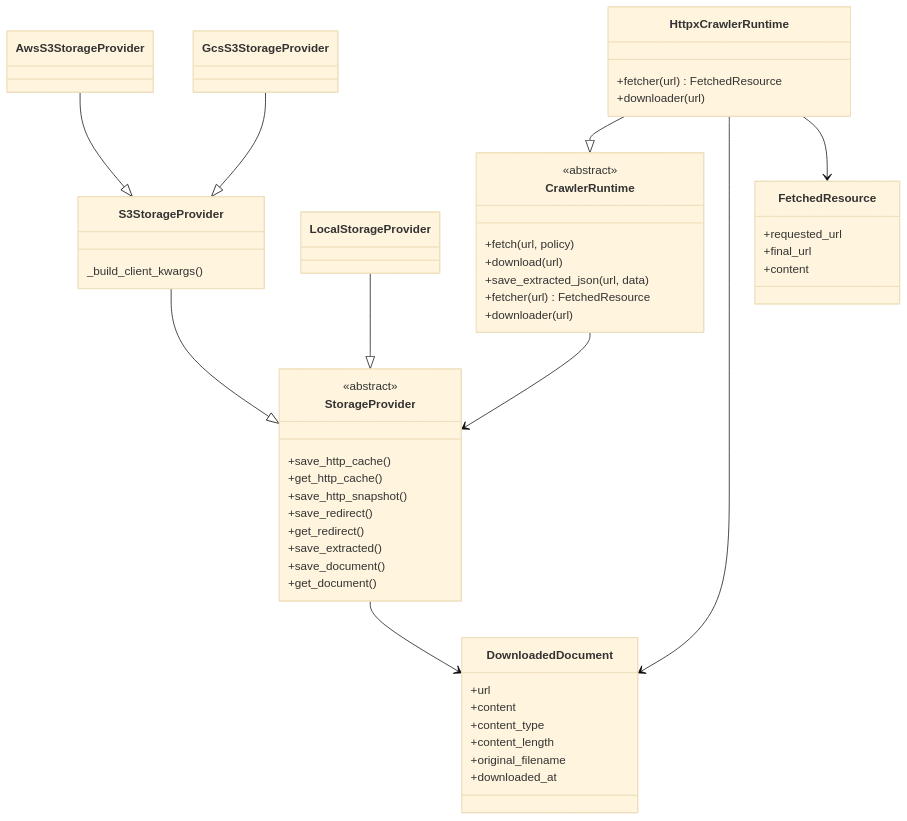
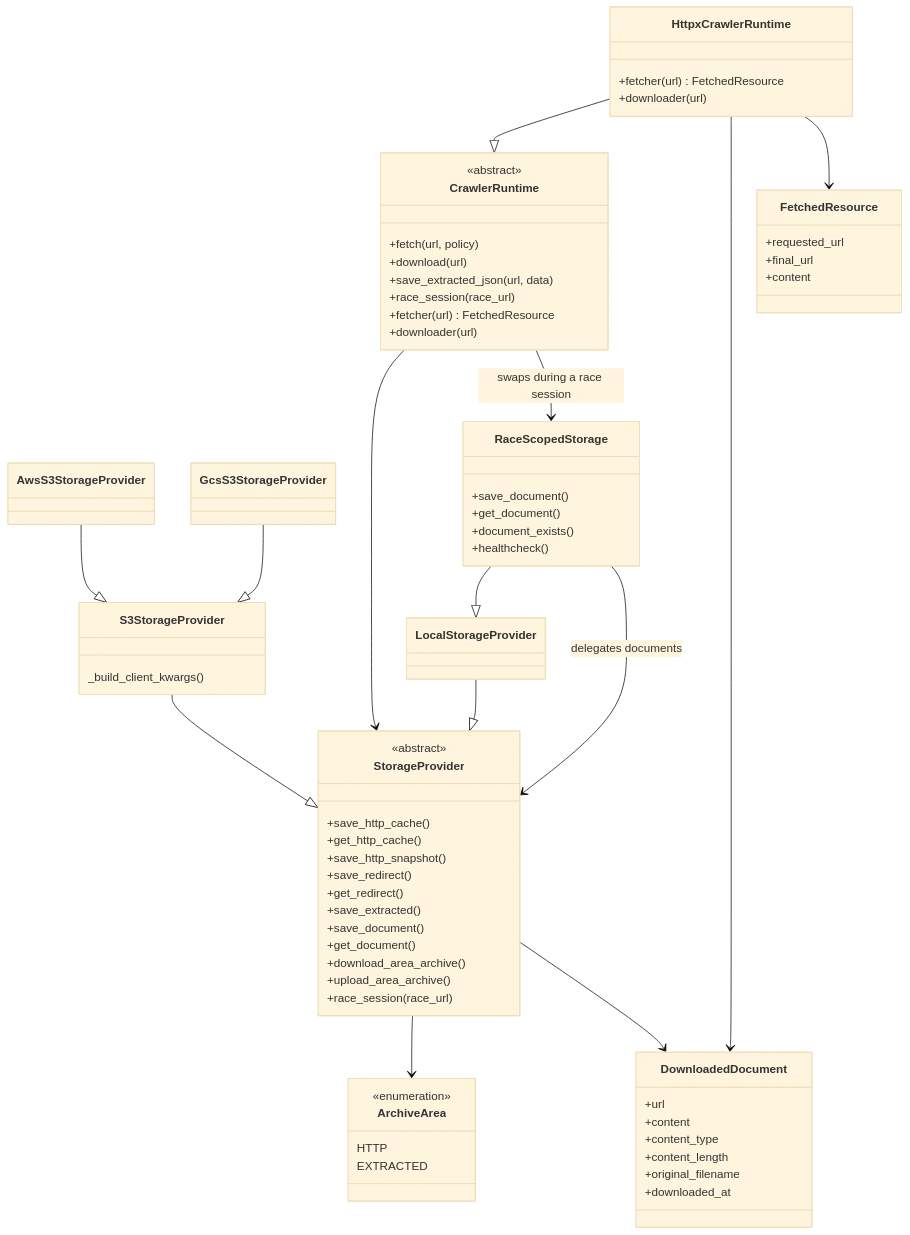
The first of 4 diagrams in docs/design/runtime_design.md (fletort/ranking), drawn with Mermaid (base theme) before and after one commit. The commit also changed other lines of this file and 3 other files, not shown here.

Commit message:
doc: race-scoped zip

```diff
--- a/docs/design/runtime_design.md
+++ b/docs/design/runtime_design.md
@@ -37,6 +37,7 @@
         +fetch(url, policy)
         +download(url)
         +save_extracted_json(url, data)
+        +race_session(race_url)
         +fetcher(url) FetchedResource
         +downloader(url)
     }
@@ -45,6 +46,13 @@
     class GcsS3StorageProvider
 
     class LocalStorageProvider
+
+    class RaceScopedStorage {
+        +save_document()
+        +get_document()
+        +document_exists()
+        +healthcheck()
+    }
 
     class S3StorageProvider {
         _build_client_kwargs()
@@ -60,6 +68,15 @@
         +save_extracted()
         +save_document()
         +get_document()
+        +download_area_archive()
+        +upload_area_archive()
+        +race_session(race_url)
+    }
+
+    class ArchiveArea {
+        <<enumeration>>
+        HTTP
+        EXTRACTED
     }
 
     class DownloadedDocument {
@@ -78,12 +95,17 @@
     }
 
     CrawlerRuntime --> StorageProvider
+    CrawlerRuntime --> RaceScopedStorage : swaps during a race session
     HttpxCrawlerRuntime --|> CrawlerRuntime
 
     LocalStorageProvider --|> StorageProvider
+    RaceScopedStorage --|> LocalStorageProvider
     S3StorageProvider --|> StorageProvider
     AwsS3StorageProvider --|> S3StorageProvider
     GcsS3StorageProvider --|> S3StorageProvider
+
+    RaceScopedStorage --> StorageProvider : delegates documents
+    StorageProvider --> ArchiveArea
 
     StorageProvider --> DownloadedDocument
     HttpxCrawlerRuntime --> DownloadedDocument
```
